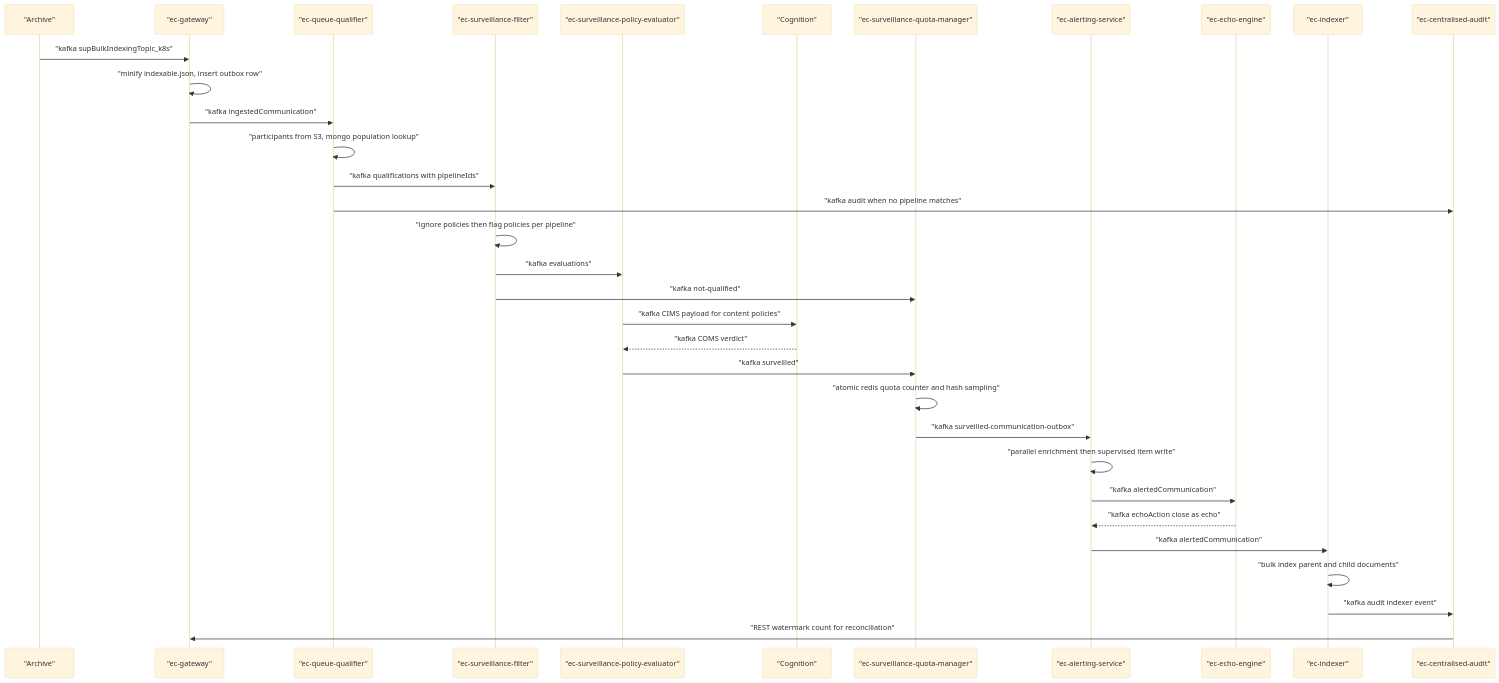
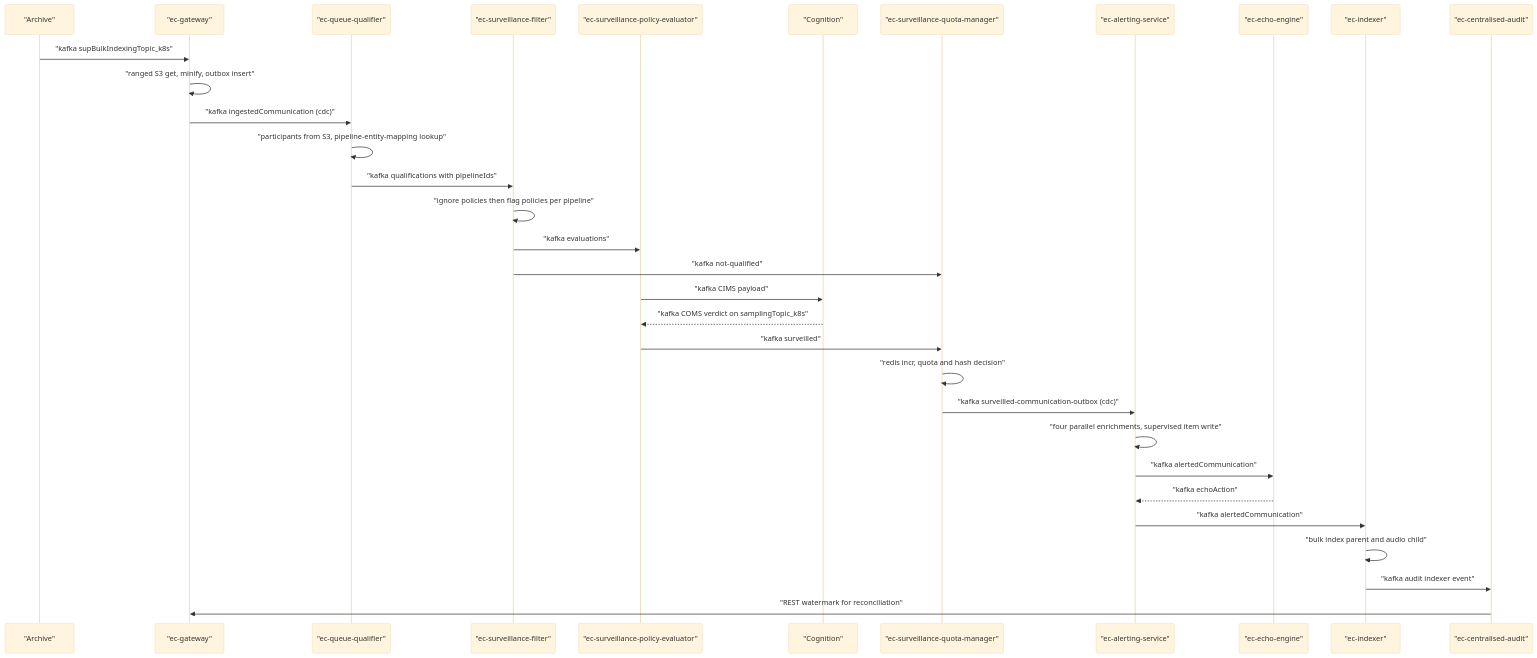
One commit to shafibabar/ec-conduct-factory changed the second of 7 diagrams in knowledge/system-explainer-input.md. Above: the diagram before and after it, drawn with Mermaid (base theme). The commit also changed other lines of this file and 26 other files, not shown here.

````diff
--- a/knowledge/system-explainer-input.md
+++ b/knowledge/system-explainer-input.md
@@ -898,36 +1497,35 @@
 ```mermaid
 sequenceDiagram
   participant arch as "Archive"
   participant gw as "ec-gateway"
   participant qq as "ec-queue-qualifier"
   participant sf as "ec-surveillance-filter"
   participant spe as "ec-surveillance-policy-evaluator"
   participant cog as "Cognition"
   participant qm as "ec-surveillance-quota-manager"
   participant als as "ec-alerting-service"
   participant ee as "ec-echo-engine"
   participant idx as "ec-indexer"
   participant ca as "ec-centralised-audit"
 
   arch->>gw: "kafka supBulkIndexingTopic_k8s"
-  gw->>gw: "minify indexable.json, insert outbox row"
-  gw->>qq: "kafka ingestedCommunication"
-  qq->>qq: "participants from S3, mongo population lookup"
+  gw->>gw: "ranged S3 get, minify, outbox insert"
+  gw->>qq: "kafka ingestedCommunication (cdc)"
+  qq->>qq: "participants from S3, pipeline-entity-mapping lookup"
   qq->>sf: "kafka qualifications with pipelineIds"
-  qq->>ca: "kafka audit when no pipeline matches"
   sf->>sf: "ignore policies then flag policies per pipeline"
   sf->>spe: "kafka evaluations"
   sf->>qm: "kafka not-qualified"
-  spe->>cog: "kafka CIMS payload for content policies"
-  cog-->>spe: "kafka COMS verdict"
+  spe->>cog: "kafka CIMS payload"
+  cog-->>spe: "kafka COMS verdict on samplingTopic_k8s"
   spe->>qm: "kafka surveilled"
-  qm->>qm: "atomic redis quota counter and hash sampling"
-  qm->>als: "kafka surveilled-communication-outbox"
-  als->>als: "parallel enrichment then supervised item write"
+  qm->>qm: "redis incr, quota and hash decision"
+  qm->>als: "kafka surveilled-communication-outbox (cdc)"
+  als->>als: "four parallel enrichments, supervised item write"
   als->>ee: "kafka alertedCommunication"
-  ee-->>als: "kafka echoAction close as echo"
+  ee-->>als: "kafka echoAction"
   als->>idx: "kafka alertedCommunication"
-  idx->>idx: "bulk index parent and child documents"
+  idx->>idx: "bulk index parent and audio child"
   idx->>ca: "kafka audit indexer event"
-  ca->>gw: "REST watermark count for reconciliation"
+  ca->>gw: "REST watermark for reconciliation"
 ```
````
